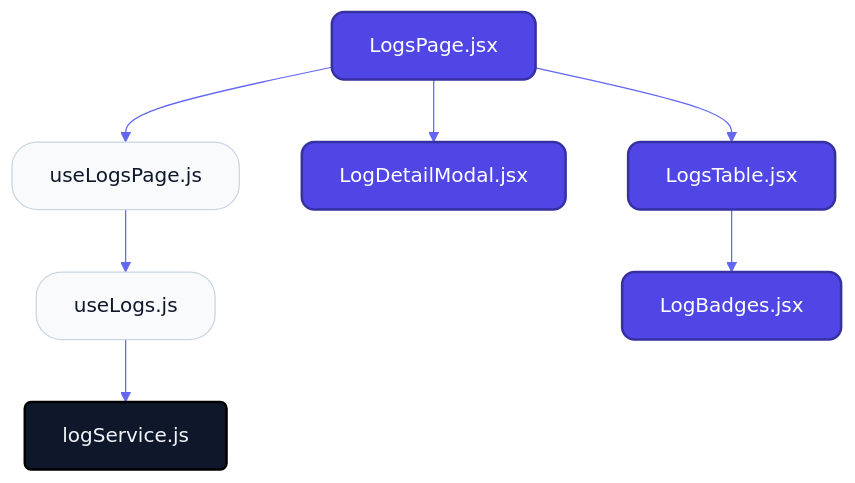
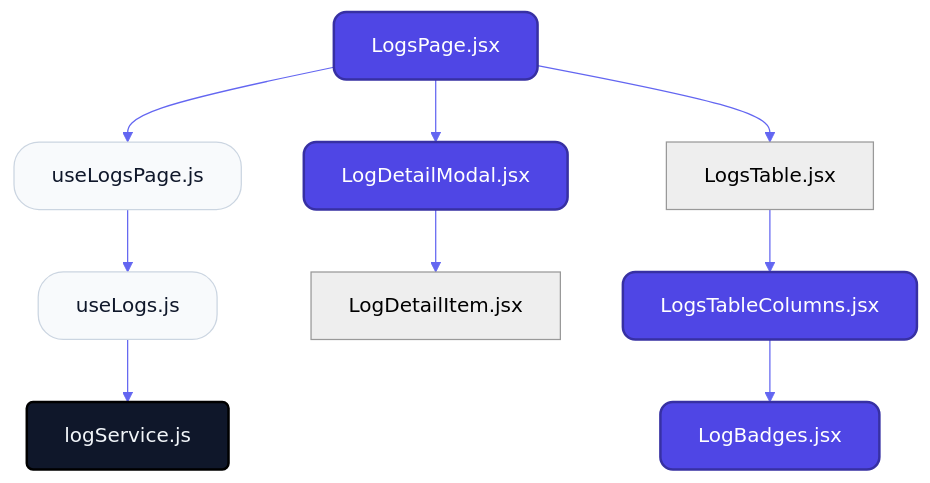
The first of 2 diagrams in src/features/logs/README.md (nexowebai/nexo-superadmin), drawn with Mermaid before and after one commit. The commit also changed other lines of this file and 142 other files, not shown here.

````diff
--- a/src/features/logs/README.md
+++ b/src/features/logs/README.md
@@ -12,21 +12,25 @@
 ```mermaid
 %%{init: {'theme': 'neutral', 'themeVariables': { 'fontFamily': 'Inter', 'lineColor': '#6366f1' }}}%%
 graph TD
     classDef page fill:#4f46e5,stroke:#3730a3,stroke-width:2px,color:#fff,rx:10,ry:10;
     classDef hook fill:#f8fafc,stroke:#cbd5e1,stroke-width:1px,color:#0f172a,rx:20,ry:20;
     classDef service fill:#0f172a,stroke:#000,stroke-width:2px,color:#f1f5f9,rx:5,ry:5;
 
     LogsPagejsx["LogsPage.jsx"]:::page
     useLogsjs["useLogs.js"]:::hook
     useLogsPagejs["useLogsPage.js"]:::hook
     logServicejs["logService.js"]:::service
     LogBadgesjsx["LogBadges.jsx"]:::page
+    LogDetailItemjsx["LogDetailItem.jsx"]
     LogDetailModaljsx["LogDetailModal.jsx"]:::page
-    LogsTablejsx["LogsTable.jsx"]:::page
+    LogsTablejsx["LogsTable.jsx"]
+    LogsTableColumnsjsx["LogsTableColumns.jsx"]:::page
     LogsPagejsx --> useLogsPagejs
     LogsPagejsx --> LogsTablejsx
     LogsPagejsx --> LogDetailModaljsx
     useLogsjs --> logServicejs
     useLogsPagejs --> useLogsjs
-    LogsTablejsx --> LogBadgesjsx
+    LogDetailModaljsx --> LogDetailItemjsx
+    LogsTablejsx --> LogsTableColumnsjsx
+    LogsTableColumnsjsx --> LogBadgesjsx
 ```
````
